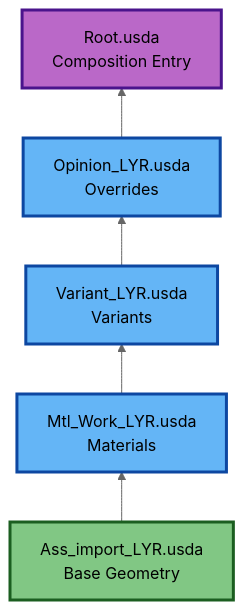
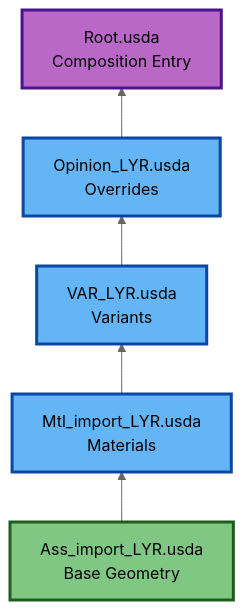
The ninth of 18 diagrams in WIP_Docs/OpenUSD_Best_Practices_Guide (17).md (jph2/USD_GoodStart), drawn with Mermaid (neutral theme) before and after one commit. The commit also changed other lines of this file and 1 other file, not shown here.

````diff
--- a/WIP_Docs/OpenUSD_Best_Practices_Guide (17).md
+++ b/WIP_Docs/OpenUSD_Best_Practices_Guide (17).md
@@ -1356,18 +1356,18 @@
 ```mermaid
 graph BT
     %% Bottom-Up Construction
     Import[Ass_import_LYR.usda<br/>Base Geometry]:::base
-    Mtl[Mtl_Work_LYR.usda<br/>Materials]:::layer
-    Variant[Variant_LYR.usda<br/>Variants]:::layer
+    Mtl[Mtl_import_LYR.usda<br/>Materials]:::layer
+    Variant[VAR_LYR.usda<br/>Variants]:::layer
     Opinion[Opinion_LYR.usda<br/>Overrides]:::layer
     Root[Root.usda<br/>Composition Entry]:::root
 
     Import --> Mtl
     Mtl --> Variant
     Variant --> Opinion
     Opinion --> Root
 
     classDef root fill:#ba68c8,stroke:#4a148c,stroke-width:3px,color:#000;
     classDef layer fill:#64b5f6,stroke:#0d47a1,stroke-width:3px,color:#000;
     classDef base fill:#81c784,stroke:#1b5e20,stroke-width:3px,color:#000;
 ```
````
